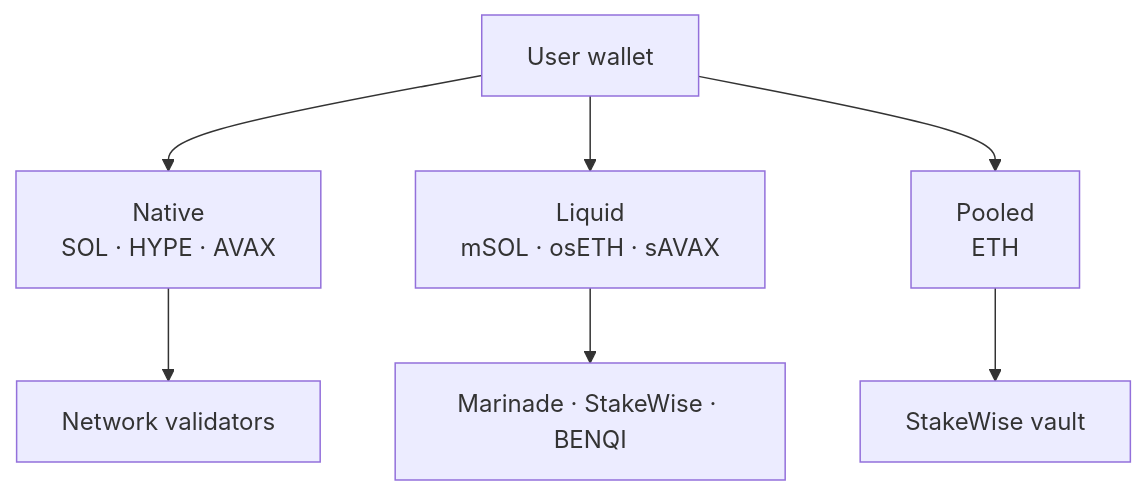
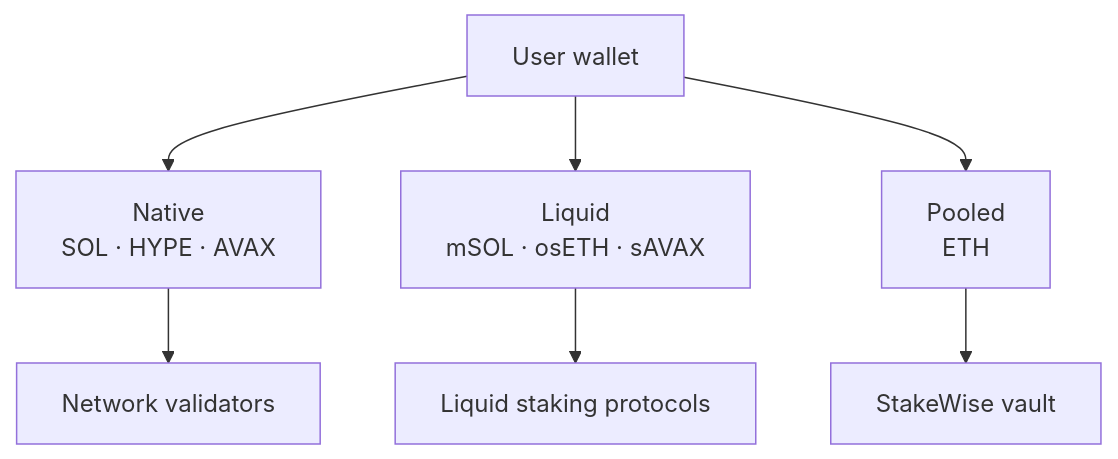
One commit to dyxy-io/staking changed the diagram in README.md. Above: the diagram before and after it, drawn with Mermaid. The commit also changed 1 other file, not shown here.

Commit message:
Stocks issuers, 8 networks, perpetuals wording, StakeWise only for pooled staking
Claude-Session: https://claude.ai/code/session_012iQuL1Pk5Q3HYNx96DLsc1

````diff
--- a/README.md
+++ b/README.md
@@ -16,10 +16,10 @@
 ```mermaid
 flowchart TB
     U["User wallet"]
     U --> N["Native<br/>SOL · HYPE · AVAX"]
     U --> L["Liquid<br/>mSOL · osETH · sAVAX"]
     U --> P["Pooled<br/>ETH"]
     N --> V["Network validators"]
-    L --> LP["Marinade · StakeWise · BENQI"]
+    L --> LP["Liquid staking protocols"]
     P --> SW["StakeWise vault"]
 ```
````
